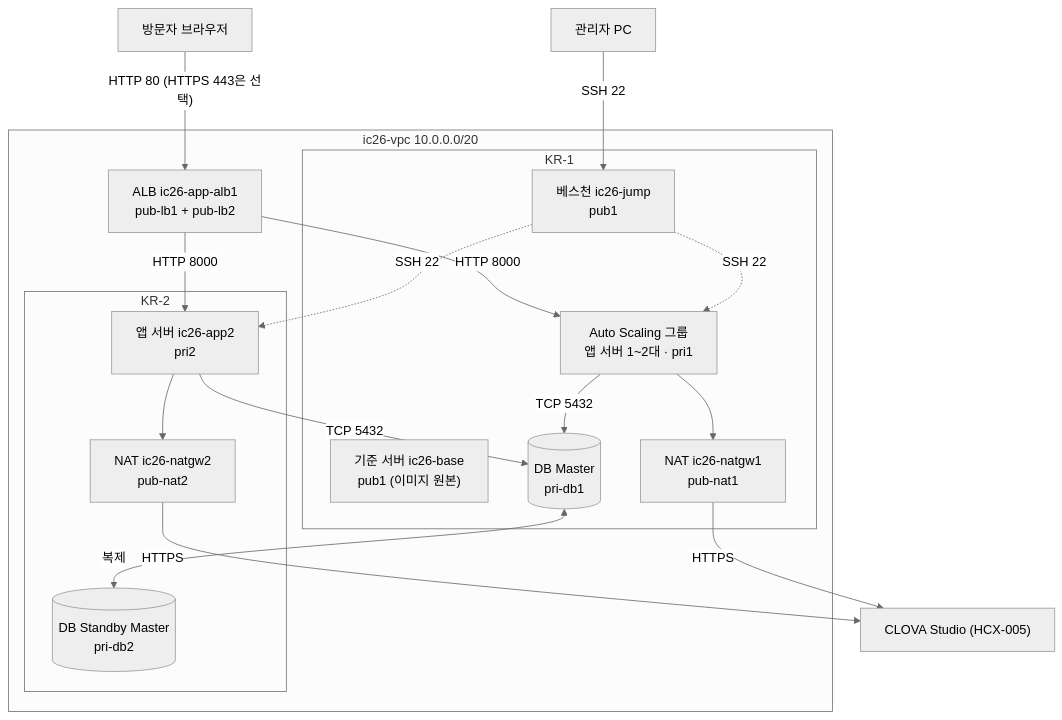
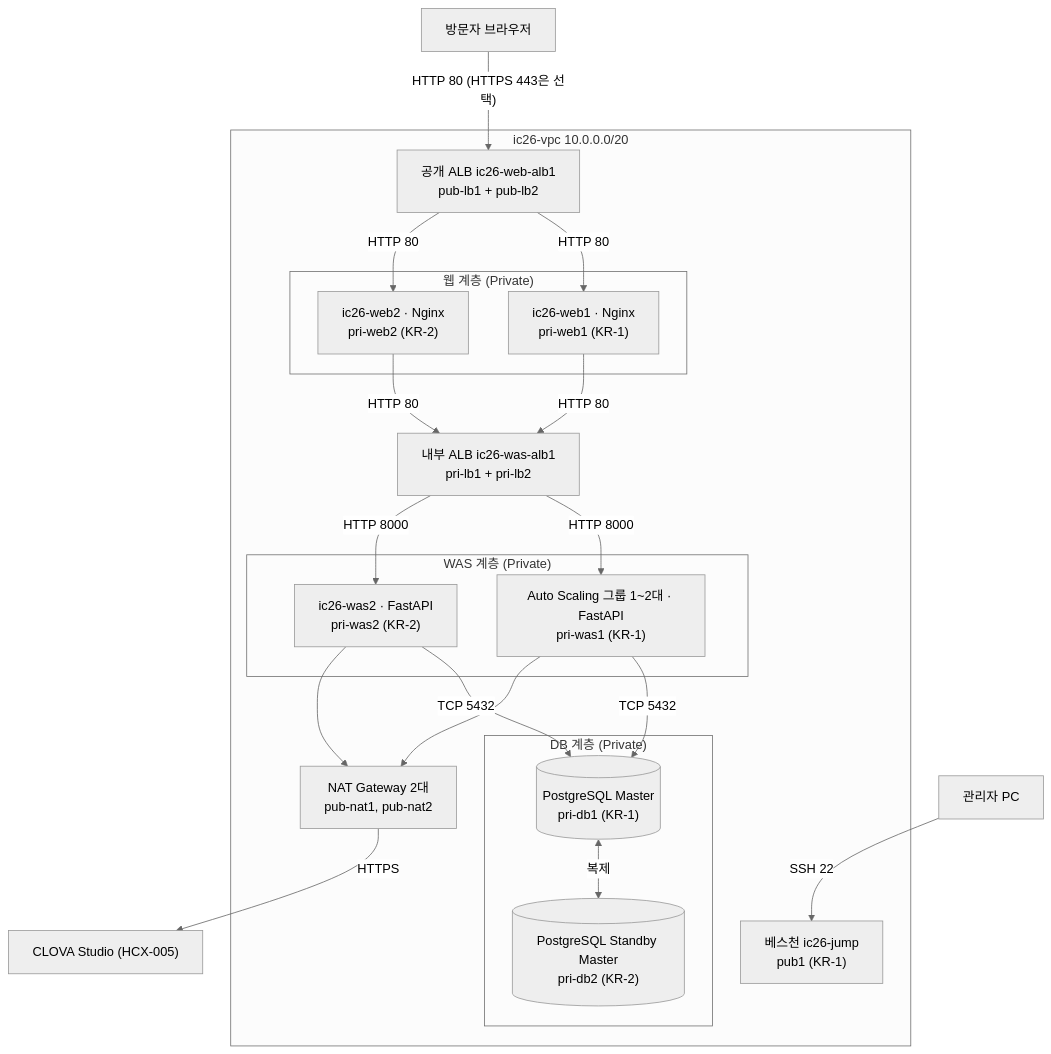
The diagram in docs/infra/architecture.md (teletubby-aiic-2026/local-business-ai-assistant), drawn with Mermaid (neutral theme) before and after one commit. The commit also changed other lines of this file, not shown here.

````diff
--- a/docs/infra/architecture.md
+++ b/docs/infra/architecture.md
@@ -10,36 +13,43 @@
 ```mermaid
 flowchart TB
-  user["방문자 브라우저"] -->|"HTTP 80 (HTTPS 443은 선택)"| alb
+  user["방문자 브라우저"] -->|"HTTP 80 (HTTPS 443은 선택)"| palb
   admin["관리자 PC"] -->|"SSH 22"| jump
 
   subgraph vpc["ic26-vpc 10.0.0.0/20"]
-    alb["ALB ic26-app-alb1<br/>pub-lb1 + pub-lb2"]
+    palb["공개 ALB ic26-web-alb1<br/>pub-lb1 + pub-lb2"]
+    jump["베스천 ic26-jump<br/>pub1 (KR-1)"]
 
-    subgraph kr1["KR-1"]
-      jump["베스천 ic26-jump<br/>pub1"]
-      base["기준 서버 ic26-base<br/>pub1 (이미지 원본)"]
-      nat1["NAT ic26-natgw1<br/>pub-nat1"]
-      asg["Auto Scaling 그룹<br/>앱 서버 1~2대 · pri1"]
-      dbm[("DB Master<br/>pri-db1")]
+    subgraph web["웹 계층 (Private)"]
+      web1["ic26-web1 · Nginx<br/>pri-web1 (KR-1)"]
+      web2["ic26-web2 · Nginx<br/>pri-web2 (KR-2)"]
     end
 
-    subgraph kr2["KR-2"]
-      nat2["NAT ic26-natgw2<br/>pub-nat2"]
-      app2["앱 서버 ic26-app2<br/>pri2"]
-      dbs[("DB Standby Master<br/>pri-db2")]
+    ialb["내부 ALB ic26-was-alb1<br/>pri-lb1 + pri-lb2"]
+
+    subgraph was["WAS 계층 (Private)"]
+      asg["Auto Scaling 그룹 1~2대 · FastAPI<br/>pri-was1 (KR-1)"]
+      was2["ic26-was2 · FastAPI<br/>pri-was2 (KR-2)"]
     end
 
-    alb -->|"HTTP 8000"| asg
-    alb -->|"HTTP 8000"| app2
-    jump -.->|"SSH 22"| asg
-    jump -.->|"SSH 22"| app2
+    subgraph dbt["DB 계층 (Private)"]
+      dbm[("PostgreSQL Master<br/>pri-db1 (KR-1)")]
+      dbs[("PostgreSQL Standby Master<br/>pri-db2 (KR-2)")]
+    end
+
+    nat["NAT Gateway 2대<br/>pub-nat1, pub-nat2"]
+
+    palb -->|"HTTP 80"| web1
+    palb -->|"HTTP 80"| web2
+    web1 -->|"HTTP 80"| ialb
+    web2 -->|"HTTP 80"| ialb
+    ialb -->|"HTTP 8000"| asg
+    ialb -->|"HTTP 8000"| was2
     asg -->|"TCP 5432"| dbm
-    app2 -->|"TCP 5432"| dbm
+    was2 -->|"TCP 5432"| dbm
     dbm <-->|"복제"| dbs
-    asg --> nat1
-    app2 --> nat2
+    asg --> nat
+    was2 --> nat
   end
 
-  nat1 -->|"HTTPS"| hcx["CLOVA Studio (HCX-005)"]
-  nat2 -->|"HTTPS"| hcx
+  nat -->|"HTTPS"| hcx["CLOVA Studio (HCX-005)"]
 ```
````
